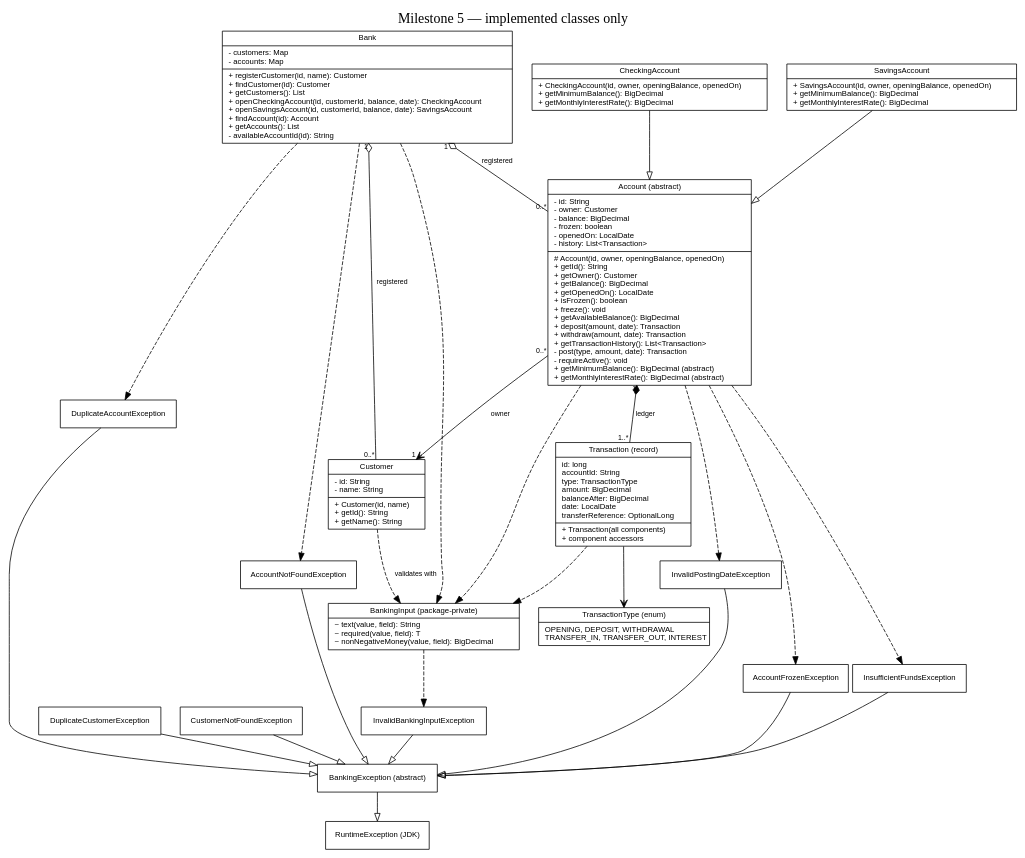
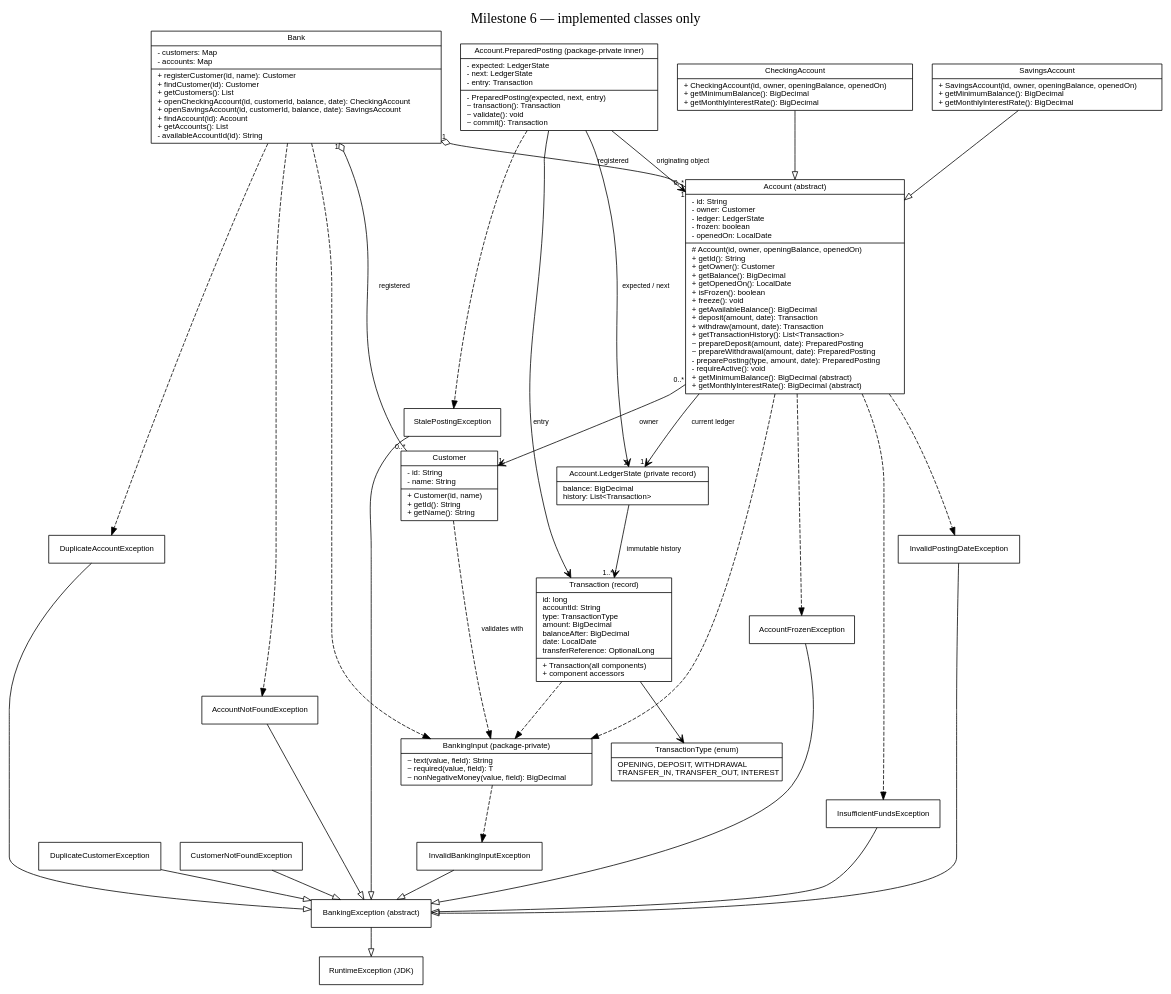
Before and after one commit to Mo3azGad/banking-management-system: the diagram in docs/current-uml.dot, drawn with Graphviz. The commit also changed 14 other files, not shown here.

Commit message:
Separate posting preparation from guarded ledger commitment

```diff
--- a/docs/current-uml.dot
+++ b/docs/current-uml.dot
@@ -1,49 +1,58 @@
 digraph Current {
- graph [rankdir=TB, label="Milestone 5 — implemented classes only", labelloc=t, fontsize=18, bgcolor="white", nodesep=0.35];
+ graph [rankdir=TB, label="Milestone 6 — implemented classes only", labelloc=t, fontsize=18, bgcolor="white", nodesep=0.35];
  node [shape=record, fontname="Helvetica", fontsize=10];
  edge [fontname="Helvetica", fontsize=9];
  Bank [label="{Bank|- customers: Map\l- accounts: Map\l|+ registerCustomer(id, name): Customer\l+ findCustomer(id): Customer\l+ getCustomers(): List\l+ openCheckingAccount(id, customerId, balance, date): CheckingAccount\l+ openSavingsAccount(id, customerId, balance, date): SavingsAccount\l+ findAccount(id): Account\l+ getAccounts(): List\l- availableAccountId(id): String\l}"];
  Customer [label="{Customer|- id: String\l- name: String\l|+ Customer(id, name)\l+ getId(): String\l+ getName(): String\l}"];
- Account [label="{Account (abstract)|- id: String\l- owner: Customer\l- balance: BigDecimal\l- frozen: boolean\l- openedOn: LocalDate\l- history: List\<Transaction\>\l|# Account(id, owner, openingBalance, openedOn)\l+ getId(): String\l+ getOwner(): Customer\l+ getBalance(): BigDecimal\l+ getOpenedOn(): LocalDate\l+ isFrozen(): boolean\l+ freeze(): void\l+ getAvailableBalance(): BigDecimal\l+ deposit(amount, date): Transaction\l+ withdraw(amount, date): Transaction\l+ getTransactionHistory(): List\<Transaction\>\l- post(type, amount, date): Transaction\l- requireActive(): void\l+ getMinimumBalance(): BigDecimal (abstract)\l+ getMonthlyInterestRate(): BigDecimal (abstract)\l}"];
+ Account [label="{Account (abstract)|- id: String\l- owner: Customer\l- ledger: LedgerState\l- frozen: boolean\l- openedOn: LocalDate\l|# Account(id, owner, openingBalance, openedOn)\l+ getId(): String\l+ getOwner(): Customer\l+ getBalance(): BigDecimal\l+ getOpenedOn(): LocalDate\l+ isFrozen(): boolean\l+ freeze(): void\l+ getAvailableBalance(): BigDecimal\l+ deposit(amount, date): Transaction\l+ withdraw(amount, date): Transaction\l+ getTransactionHistory(): List\<Transaction\>\l~ prepareDeposit(amount, date): PreparedPosting\l~ prepareWithdrawal(amount, date): PreparedPosting\l- preparePosting(type, amount, date): PreparedPosting\l- requireActive(): void\l+ getMinimumBalance(): BigDecimal (abstract)\l+ getMonthlyInterestRate(): BigDecimal (abstract)\l}"];
  CheckingAccount [label="{CheckingAccount|+ CheckingAccount(id, owner, openingBalance, openedOn)\l+ getMinimumBalance(): BigDecimal\l+ getMonthlyInterestRate(): BigDecimal\l}"];
  SavingsAccount [label="{SavingsAccount|+ SavingsAccount(id, owner, openingBalance, openedOn)\l+ getMinimumBalance(): BigDecimal\l+ getMonthlyInterestRate(): BigDecimal\l}"];
  Transaction [label="{Transaction (record)|id: long\laccountId: String\ltype: TransactionType\lamount: BigDecimal\lbalanceAfter: BigDecimal\ldate: LocalDate\ltransferReference: OptionalLong\l|+ Transaction(all components)\l+ component accessors\l}"];
  TransactionType [label="{TransactionType (enum)|OPENING, DEPOSIT, WITHDRAWAL\lTRANSFER_IN, TRANSFER_OUT, INTEREST\l}"];
  BankingInput [label="{BankingInput (package-private)|~ text(value, field): String\l~ required(value, field): T\l~ nonNegativeMoney(value, field): BigDecimal\l}"];
  BankingException [label="BankingException (abstract)"];
  InvalidBankingInputException [label="InvalidBankingInputException"];
  DuplicateCustomerException [label="DuplicateCustomerException"];
  CustomerNotFoundException [label="CustomerNotFoundException"];
  InsufficientFundsException [label="InsufficientFundsException"];
  InvalidPostingDateException [label="InvalidPostingDateException"];
  DuplicateAccountException [label="DuplicateAccountException"];
  AccountNotFoundException [label="AccountNotFoundException"];
  AccountFrozenException [label="AccountFrozenException"];
+ LedgerState [label="{Account.LedgerState (private record)|balance: BigDecimal\l history: List\<Transaction\>\l}"];
+ PreparedPosting [label="{Account.PreparedPosting (package-private inner)|- expected: LedgerState\l- next: LedgerState\l- entry: Transaction\l|- PreparedPosting(expected, next, entry)\l~ transaction(): Transaction\l~ validate(): void\l~ commit(): Transaction\l}"];
+ StalePostingException [label="StalePostingException"];
  RuntimeException [label="RuntimeException (JDK)"];
  Bank -> Customer [arrowhead=none, arrowtail=odiamond, dir=both, taillabel="1", headlabel="0..*", label="registered"];
  Bank -> Account [arrowhead=none, arrowtail=odiamond, dir=both, taillabel="1", headlabel="0..*", label="registered"];
  Account -> Customer [arrowhead=vee, taillabel="0..*", headlabel="1", label="owner"];
  CheckingAccount -> Account [arrowhead=empty];
  SavingsAccount -> Account [arrowhead=empty];
- Account -> Transaction [arrowhead=none, arrowtail=diamond, dir=both, taillabel="1", headlabel="1..*", label="ledger"];
+ Account -> LedgerState [arrowhead=vee, headlabel="1", label="current ledger"];
+ LedgerState -> Transaction [arrowhead=vee, headlabel="1..*", label="immutable history"];
+ PreparedPosting -> Account [arrowhead=vee, headlabel="1", label="originating object"];
+ PreparedPosting -> LedgerState [arrowhead=vee, headlabel="2", label="expected / next"];
+ PreparedPosting -> Transaction [arrowhead=vee, headlabel="1", label="entry"];
+ PreparedPosting -> StalePostingException [style=dashed];
  Transaction -> TransactionType [arrowhead=vee];
  Customer -> BankingInput [style=dashed, label="validates with"];
  Bank -> BankingInput [style=dashed];
  Account -> BankingInput [style=dashed];
  Transaction -> BankingInput [style=dashed];
  InvalidBankingInputException -> BankingException [arrowhead=empty];
  DuplicateCustomerException -> BankingException [arrowhead=empty];
  CustomerNotFoundException -> BankingException [arrowhead=empty];
  InsufficientFundsException -> BankingException [arrowhead=empty];
  InvalidPostingDateException -> BankingException [arrowhead=empty];
  Account -> InsufficientFundsException [style=dashed];
  Account -> InvalidPostingDateException [style=dashed];
  DuplicateAccountException -> BankingException [arrowhead=empty];
  AccountNotFoundException -> BankingException [arrowhead=empty];
  Bank -> DuplicateAccountException [style=dashed];
  Bank -> AccountNotFoundException [style=dashed];
  AccountFrozenException -> BankingException [arrowhead=empty];
  Account -> AccountFrozenException [style=dashed];
+ StalePostingException -> BankingException [arrowhead=empty];
  BankingException -> RuntimeException [arrowhead=empty];
  BankingInput -> InvalidBankingInputException [style=dashed];
 }
```
